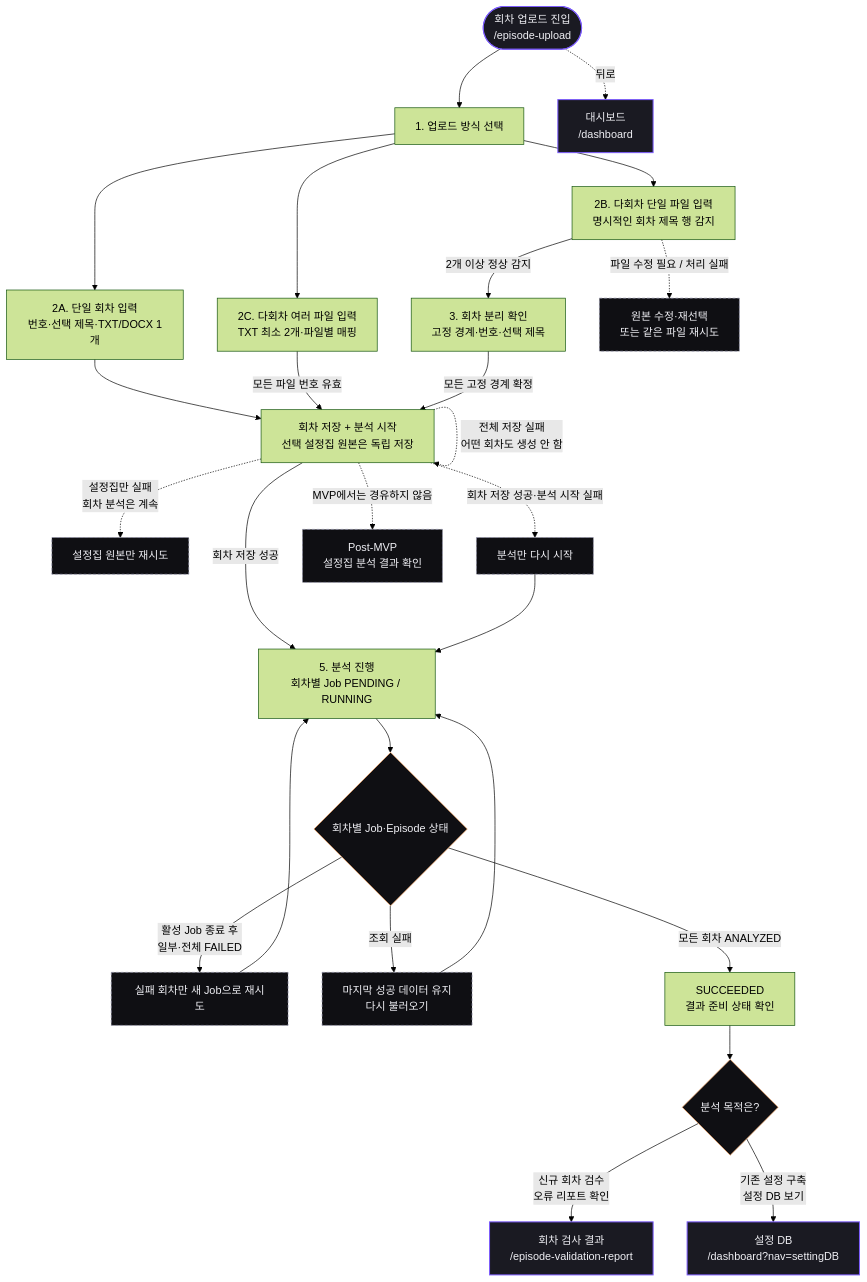
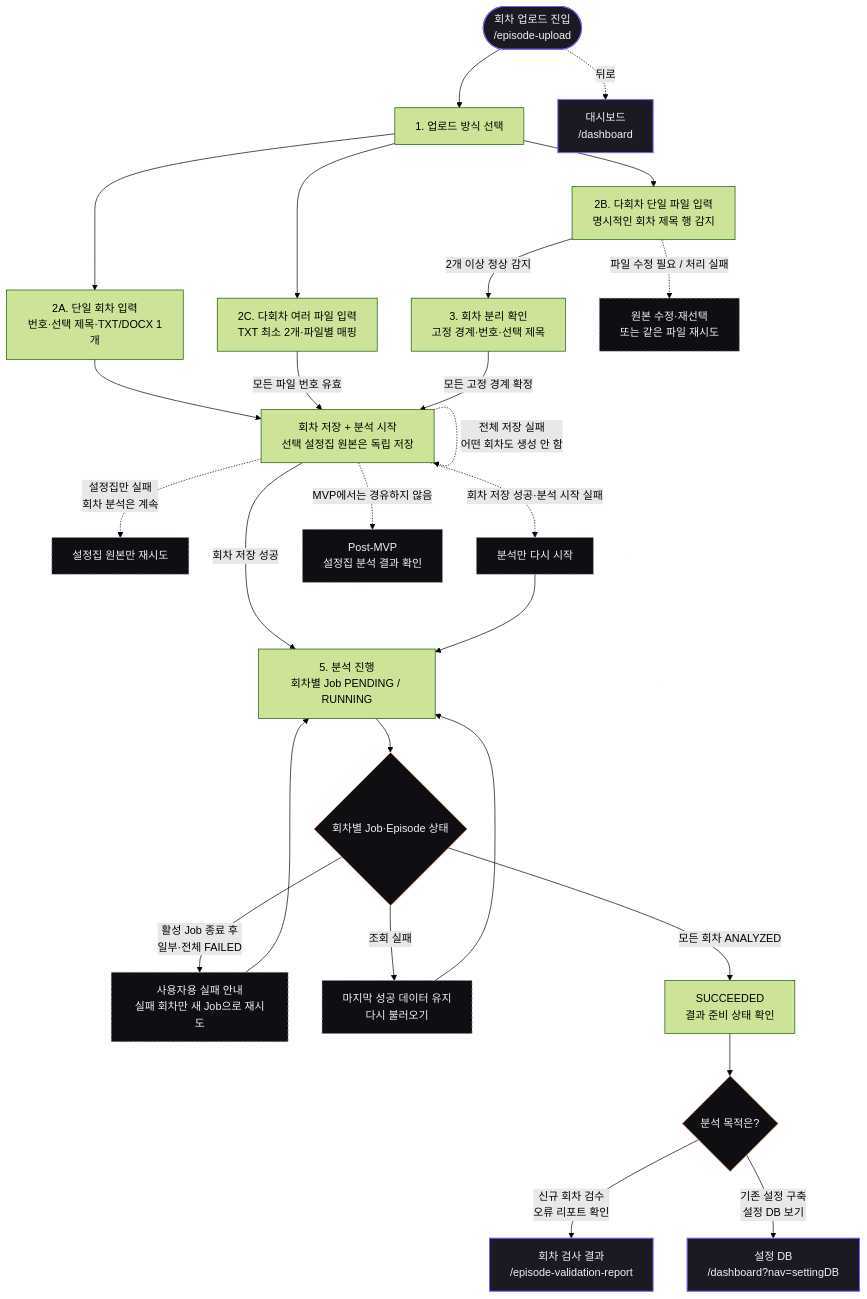
Before and after one commit to catchhole-soma/catchhole-front: the sixth of 7 diagrams in docs/screen-flow.md, drawn with Mermaid (forest theme). The commit also changed 2 other files, not shown here.

Commit message:
docs(analysis): 실패 메시지 노출 정책을 정리한다
- 업로드와 분석 화면에서 Job·Episode의 상세 오류 문자열을 진단 정보로 취급하고 사용자에게 원문을 노출하지 않는 원칙을 명시한다.

- 실패 화면은 상태값으로 대상을 판단하고 간단한 안내와 실패 회차 재시도를 제공하도록 데이터 요구사항을 맞춘다.

- 향후 원인별 안내는 오류 문자열 파싱이 아니라 안정적인 실패 식별값을 사용하도록 협의 범위를 남긴다.

- 화면 흐름에도 사용자용 실패 안내 단계를 반영하고 실행 코드·테스트와는 별도 커밋으로 유지한다.

````diff
--- a/docs/screen-flow.md
+++ b/docs/screen-flow.md
@@ -305,39 +305,39 @@
 ```mermaid
 flowchart TD
   start(["회차 업로드 진입<br/>/episode-upload"]):::private --> mode["1. 업로드 방식 선택"]
 
   mode --> mA["2A. 단일 회차 입력<br/>번호·선택 제목·TXT/DOCX 1개"]
   mode --> mB["2B. 다회차 단일 파일 입력<br/>명시적인 회차 제목 행 감지"]
   mode --> mC["2C. 다회차 여러 파일 입력<br/>TXT 최소 2개·파일별 매핑"]
 
   mB -- "2개 이상 정상 감지" --> bp["3. 회차 분리 확인<br/>고정 경계·번호·선택 제목"]
   mB -. "파일 수정 필요 / 처리 실패" .-> mBState["원본 수정·재선택<br/>또는 같은 파일 재시도"]:::modal
 
   mA --> persist["회차 저장 + 분석 시작<br/>선택 설정집 원본은 독립 저장"]
   mC -- "모든 파일 번호 유효" --> persist
   bp -- "모든 고정 경계 확정" --> persist
 
   persist -- "회차 저장 성공" --> proc["5. 분석 진행<br/>회차별 Job PENDING / RUNNING"]
   persist -. "전체 저장 실패<br/>어떤 회차도 생성 안 함" .-> persist
   persist -. "설정집만 실패<br/>회차 분석은 계속" .-> retrySetting["설정집 원본만 재시도"]:::modal
   persist -. "회차 저장 성공·분석 시작 실패" .-> retryAnalysis["분석만 다시 시작"]:::modal
   retryAnalysis --> proc
 
   proc --> state{"회차별 Job·Episode 상태"}:::decision
-  state -- "활성 Job 종료 후<br/>일부·전체 FAILED" --> retry["실패 회차만 새 Job으로 재시도"]:::modal --> proc
+  state -- "활성 Job 종료 후<br/>일부·전체 FAILED" --> retry["사용자용 실패 안내<br/>실패 회차만 새 Job으로 재시도"]:::modal --> proc
   state -- "조회 실패" --> reload["마지막 성공 데이터 유지<br/>다시 불러오기"]:::modal --> proc
   state -- "모든 회차 ANALYZED" --> success["SUCCEEDED<br/>결과 준비 상태 확인"]
 
   success --> qPur{"분석 목적은?"}:::decision
   qPur -- "신규 회차 검수<br/>오류 리포트 확인" --> valreport["회차 검사 결과<br/>/episode-validation-report"]:::private
   qPur -- "기존 설정 구축<br/>설정 DB 보기" --> settingDB["설정 DB<br/>/dashboard?nav=settingDB"]:::private
 
   postMvp["Post-MVP<br/>설정집 분석 결과 확인"]:::modal
   persist -. "MVP에서는 경유하지 않음" .-> postMvp
 
   start -. "뒤로" .-> dashboard["대시보드<br/>/dashboard"]:::private
 
   classDef private fill:#1A1A22,stroke:#7C5CFC,stroke-width:1.5px,color:#F0F0F5;
   classDef modal fill:#0F0F13,stroke:#9090A8,stroke-dasharray:4 3,color:#F0F0F5;
   classDef decision fill:#0F0F13,stroke:#F4A261,color:#F0F0F5;
 ```
````
